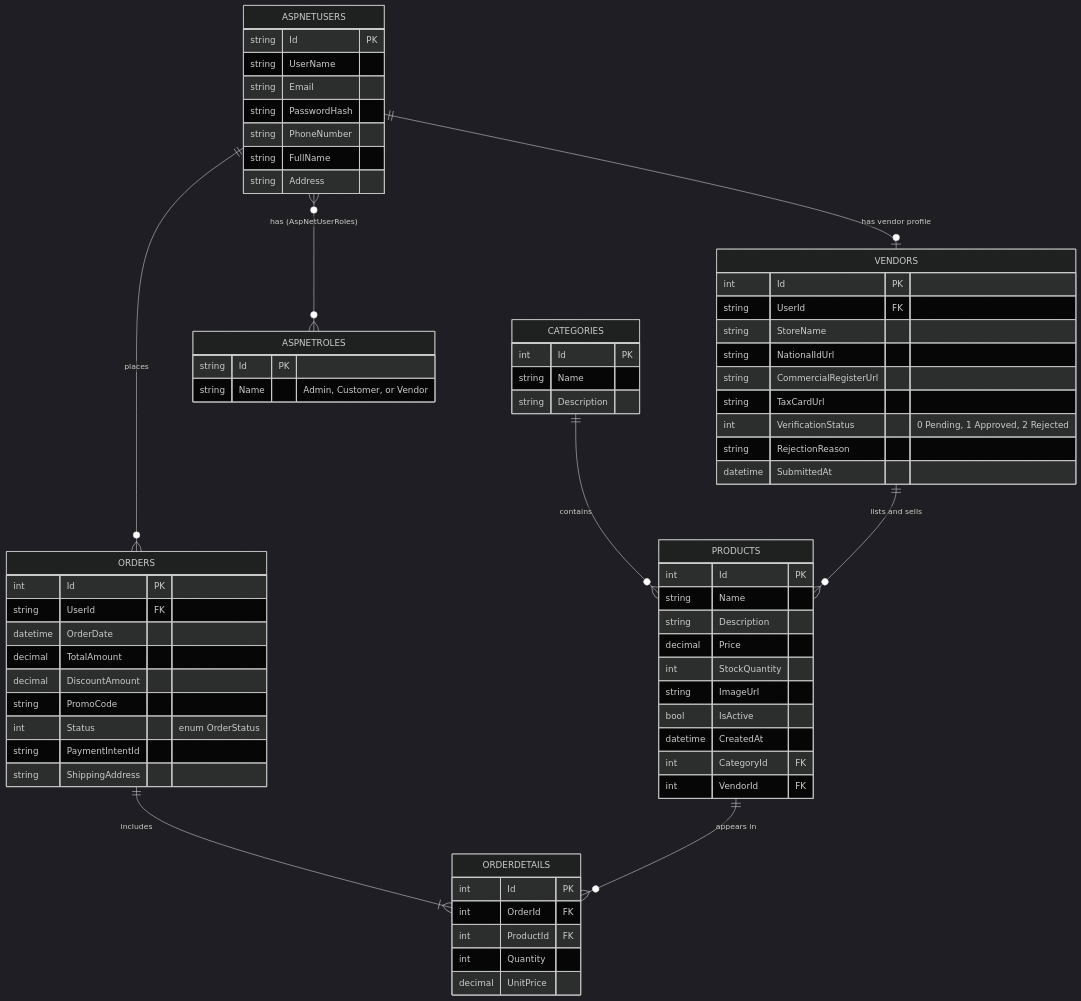
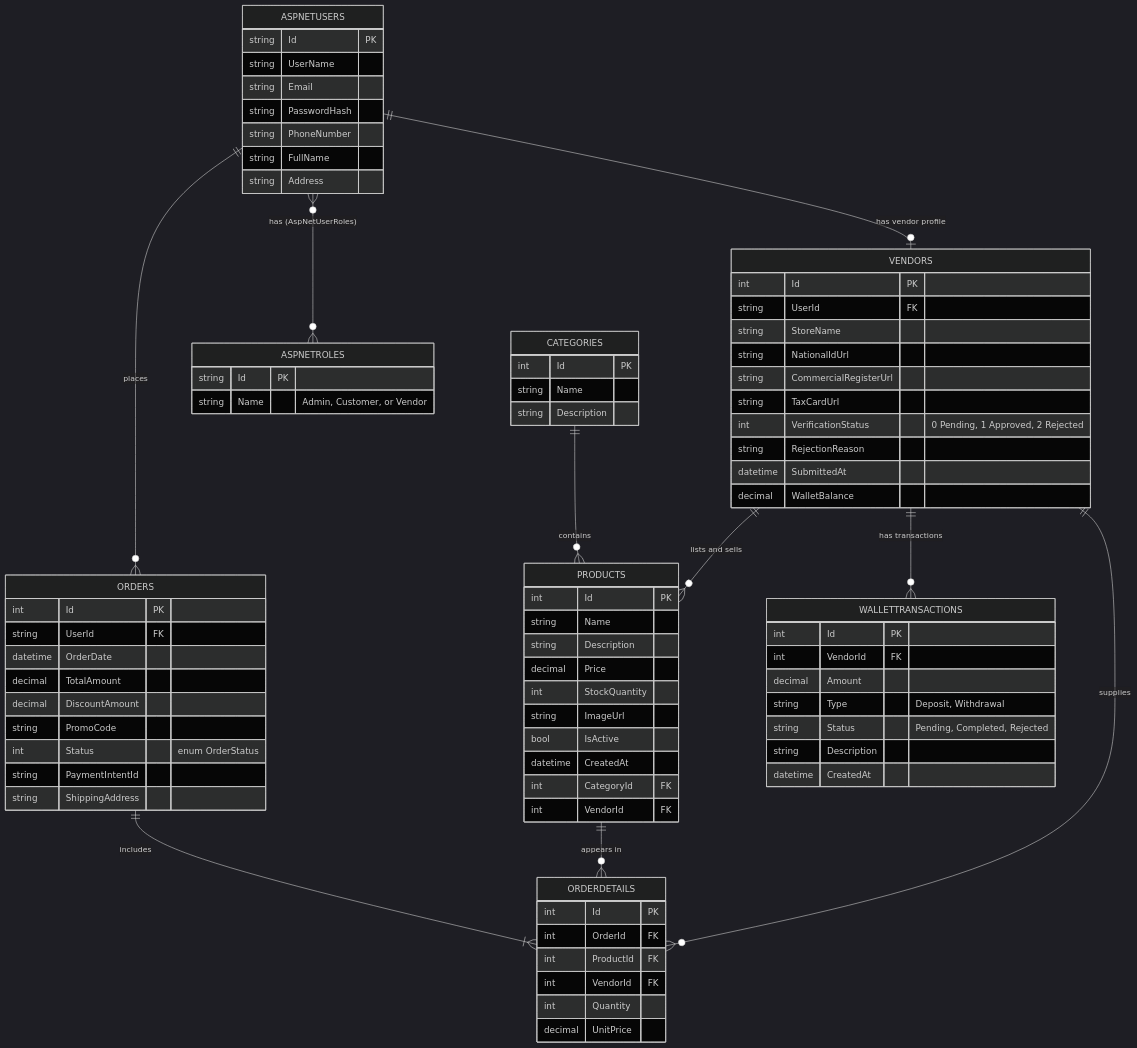
The first of 2 diagrams in docs/System-Analysis-Design/03-Database-Design.md (ahmadalrudiny/Techxpress_DEPI_Project), drawn with Mermaid (dark theme) before and after one commit. The commit also changed other lines of this file, not shown here.

````diff
--- a/docs/System-Analysis-Design/03-Database-Design.md
+++ b/docs/System-Analysis-Design/03-Database-Design.md
@@ -11,6 +11,8 @@
     ORDERS ||--|{ ORDERDETAILS : includes
     PRODUCTS ||--o{ ORDERDETAILS : "appears in"
     VENDORS ||--o{ PRODUCTS : "lists and sells"
+    VENDORS ||--o{ ORDERDETAILS : "supplies"
+    VENDORS ||--o{ WALLETTRANSACTIONS : "has transactions"
 
     ASPNETUSERS {
         string Id PK
@@ -35,6 +37,7 @@
         int VerificationStatus "0 Pending, 1 Approved, 2 Rejected"
         string RejectionReason
         datetime SubmittedAt
+        decimal WalletBalance
     }
     CATEGORIES {
         int Id PK
@@ -68,7 +71,17 @@
         int Id PK
         int OrderId FK
         int ProductId FK
+        int VendorId FK
         int Quantity
         decimal UnitPrice
     }
+    WALLETTRANSACTIONS {
+        int Id PK
+        int VendorId FK
+        decimal Amount
+        string Type "Deposit, Withdrawal"
+        string Status "Pending, Completed, Rejected"
+        string Description
+        datetime CreatedAt
+    }
 ```
````
